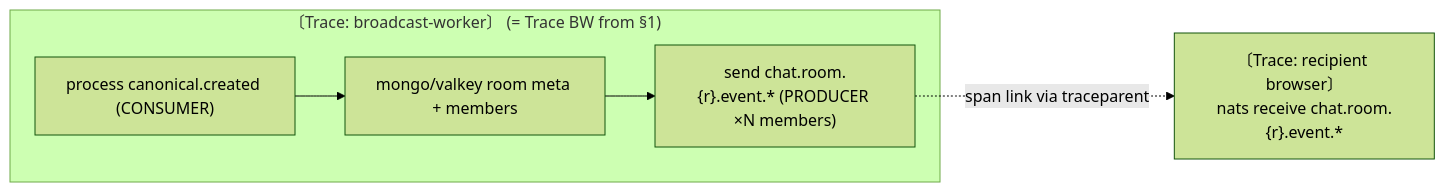
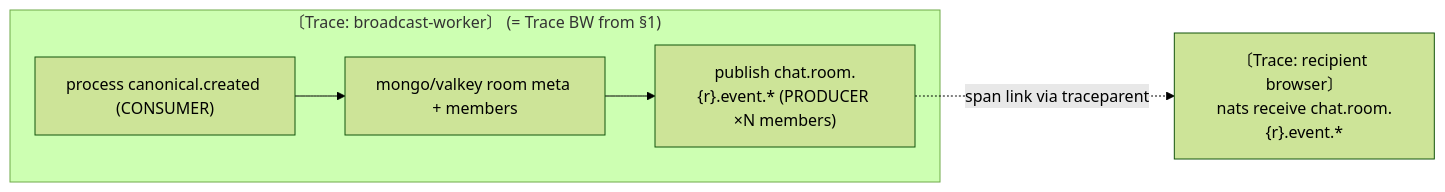
One commit to hmchangw/newchat changed the third of 5 diagrams in docs/specs/o11y/o11y-trace-design.md. Above: the diagram before and after it, drawn with Mermaid (forest theme). The commit also changed other lines of this file and 53 other files, not shown here.

````diff
--- a/docs/specs/o11y/o11y-trace-design.md
+++ b/docs/specs/o11y/o11y-trace-design.md
@@ -243,10 +264,10 @@
 ```mermaid
 flowchart LR
     subgraph TBW["〔Trace: broadcast-worker〕 (= Trace BW from §1)"]
       BWp["process canonical.created (CONSUMER)"]
       BWmeta["mongo/valkey room meta + members"]
-      BWout["send chat.room.{r}.event.* (PRODUCER ×N members)"]
+      BWout["publish chat.room.{r}.event.* (PRODUCER ×N members)"]
       BWp --> BWmeta --> BWout
     end
     BWout -. "span link via traceparent" .-> RX["〔Trace: recipient browser〕\nnats receive chat.room.{r}.event.*"]
 ```
````
